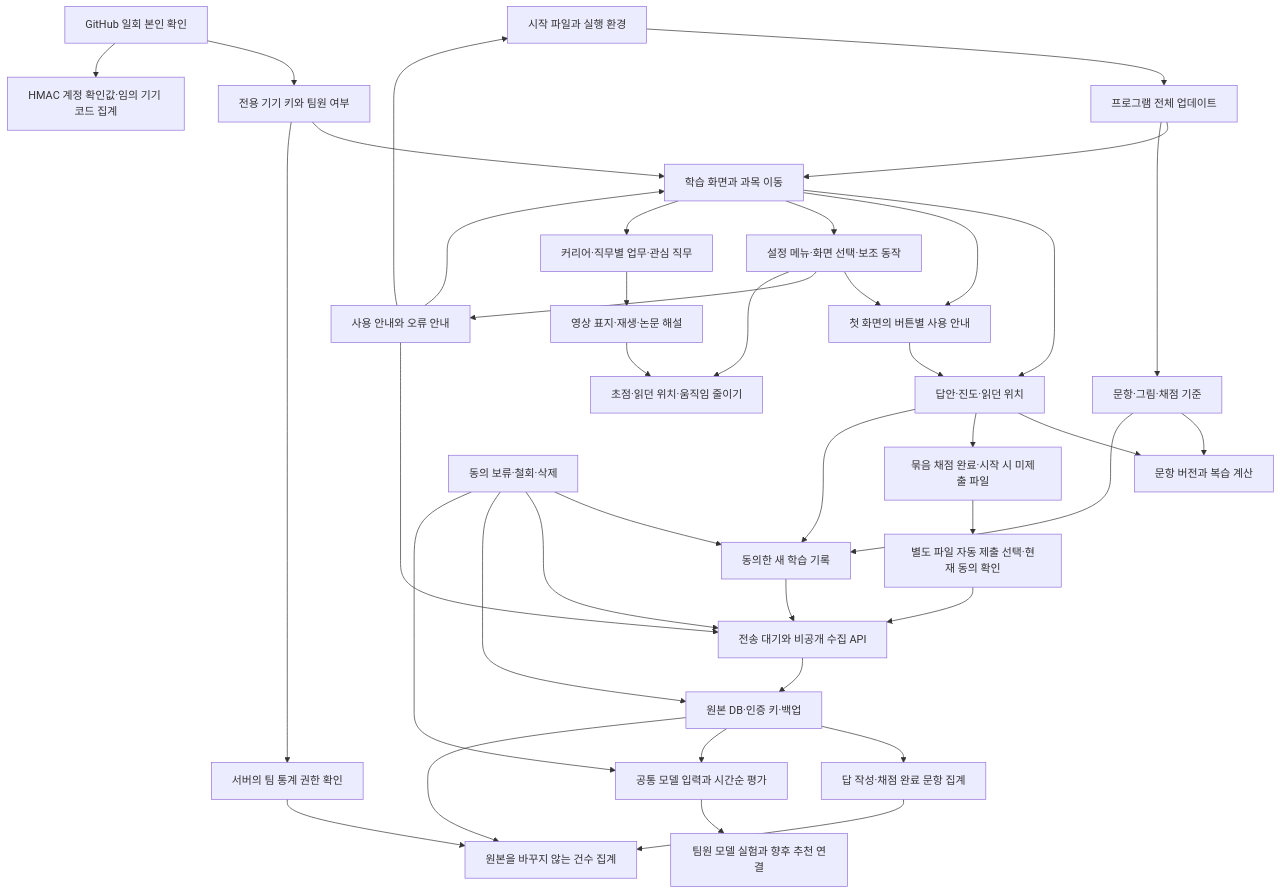
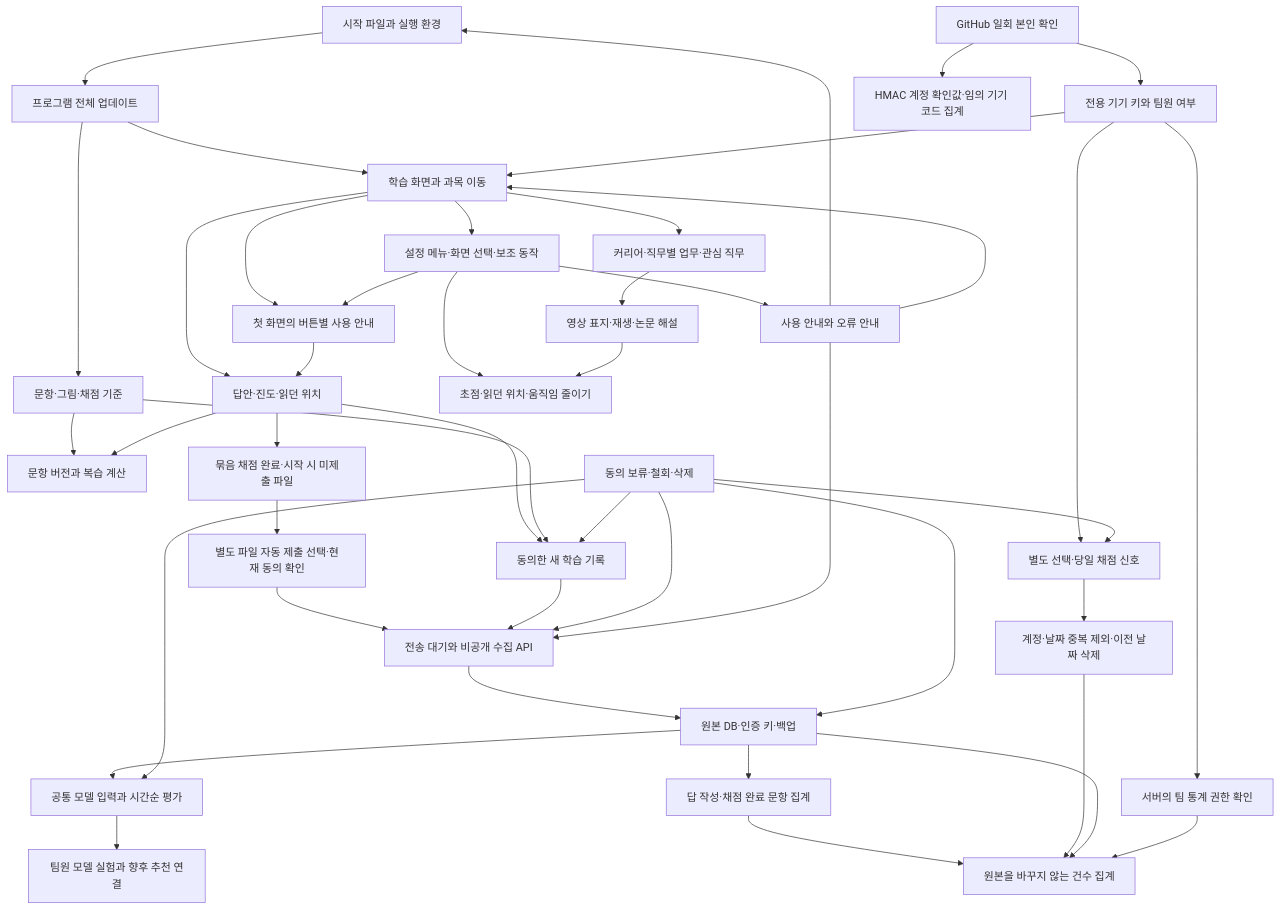
One commit to WaterMinCho/programming-study changed the diagram in docs/CHANGE_IMPACT.md. Above: the diagram before and after it, drawn with Mermaid. The commit also changed other lines of this file and 20 other files, not shown here.

````diff
--- a/docs/CHANGE_IMPACT.md
+++ b/docs/CHANGE_IMPACT.md
@@ -5,42 +5,46 @@
 ```mermaid
 flowchart TD
     A[시작 파일과 실행 환경] --> B[프로그램 전체 업데이트]
     B --> C[학습 화면과 과목 이동]
     B --> D[문항·그림·채점 기준]
     C --> E[답안·진도·읽던 위치]
     D --> F[문항 버전과 복습 계산]
     E --> F
     E --> T[묶음 채점 완료·시작 시 미제출 파일]
     T --> U[별도 파일 자동 제출 선택·현재 동의 확인]
     U --> H
     E --> G[동의한 새 학습 기록]
     D --> G
     G --> H[전송 대기와 비공개 수집 API]
     H --> I[원본 DB·인증 키·백업]
     I --> V[답 작성·채점 완료 문항 집계]
     V --> Q
     I --> J[공통 모델 입력과 시간순 평가]
     J --> K[팀원 모델 실험과 향후 추천 연결]
     L[동의 보류·철회·삭제] --> G
     L --> H
     L --> I
     L --> J
     M[사용 안내와 오류 안내] --> A
     M --> C
     M --> H
     N[GitHub 일회 본인 확인] --> O[전용 기기 키와 팀원 여부]
     N --> R[HMAC 계정 확인값·임의 기기 코드 집계]
+    O --> DA[별도 선택·당일 채점 신호]
+    DA --> DB[계정·날짜 중복 제외·이전 날짜 삭제]
+    DB --> Q
+    L --> DA
     O --> C
     C --> S[첫 화면의 버튼별 사용 안내]
     S --> E
     C --> W[설정 메뉴·화면 선택·보조 동작]
     W --> S
     W --> M
     W --> X[초점·읽던 위치·움직임 줄이기]
     C --> Y[커리어·직무별 업무·관심 직무]
     Y --> Z[영상 표지·재생·논문 해설]
     Z --> X
     O --> P[서버의 팀 통계 권한 확인]
     I --> Q[원본을 바꾸지 않는 건수 집계]
     P --> Q
 ```
````
